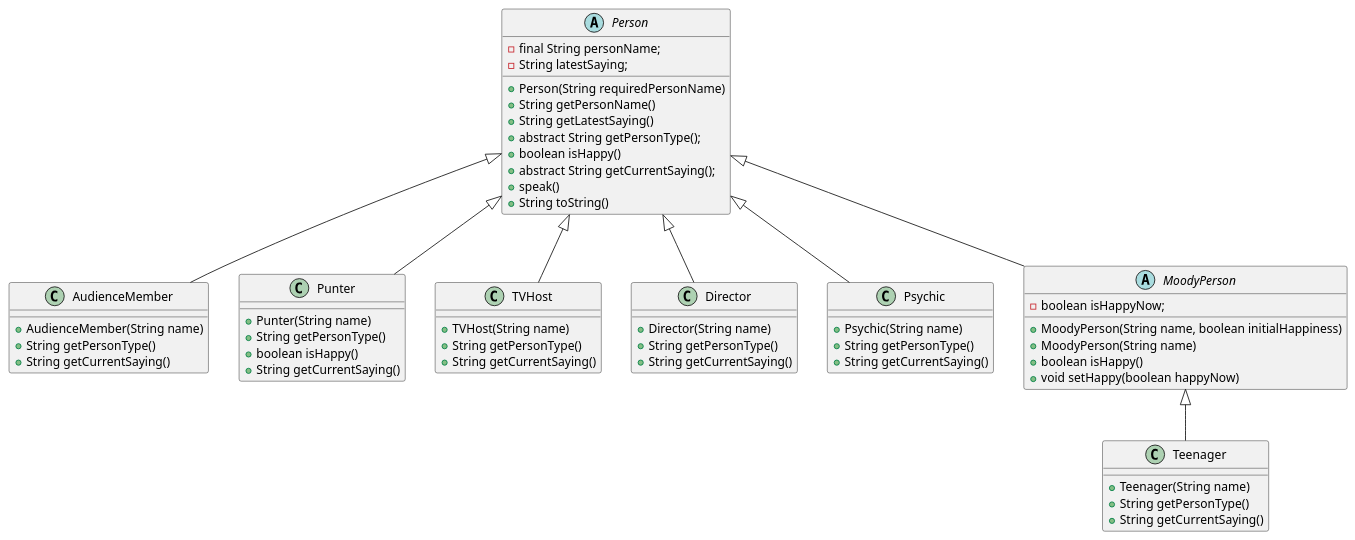
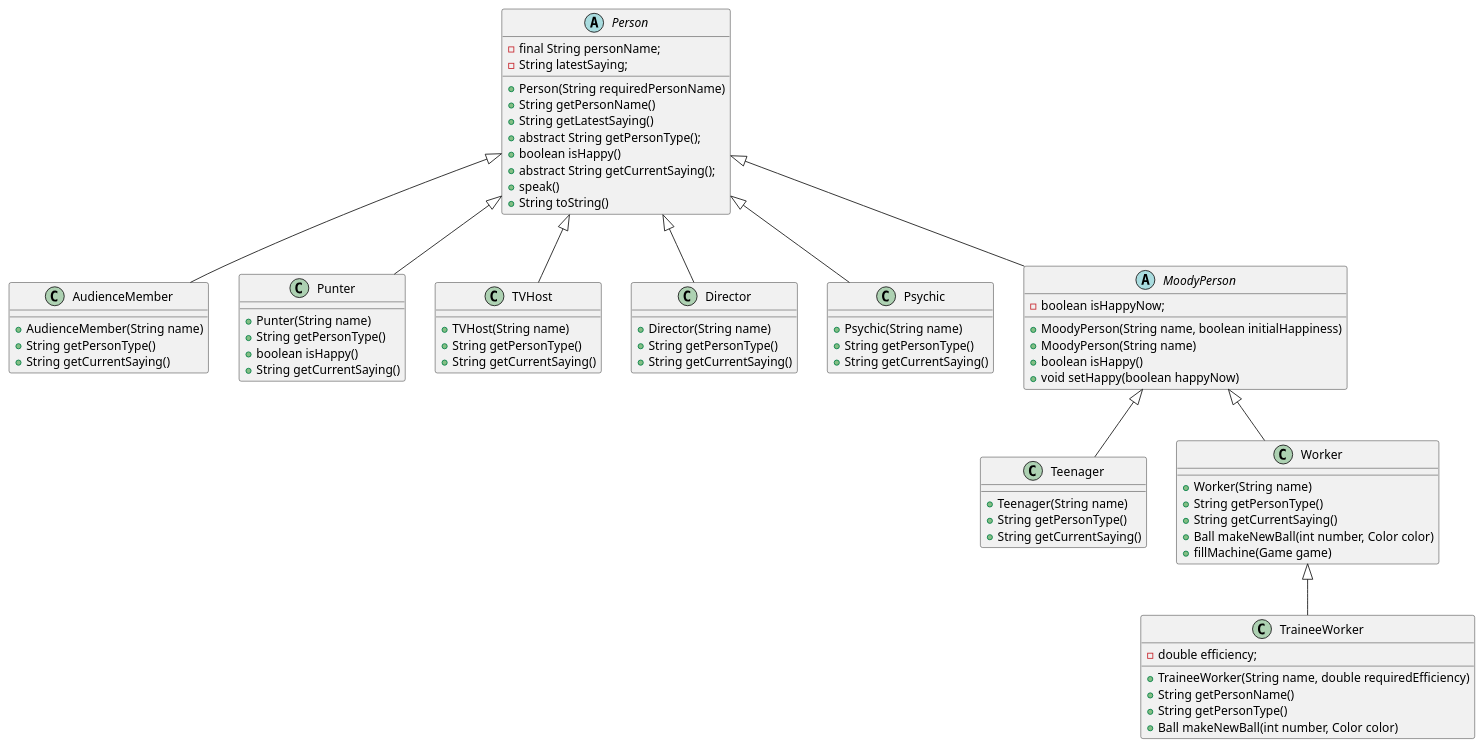
Before and after one commit to AdrChm/JJIT: the diagram in NationalLottery/src/Person.puml, drawn with PlantUML.

Commit message:
16.8.2 National game UML - Person UML - Worker, TraineeWorker class

```diff
--- a/NationalLottery/src/Person.puml
+++ b/NationalLottery/src/Person.puml
@@ -1,67 +1,84 @@
 @startuml
 abstract class Person
 {
     - final String personName;
     - String latestSaying;
     + Person(String requiredPersonName)
     + String getPersonName()
     + String getLatestSaying()
     + abstract String getPersonType();
     + boolean isHappy()
     + abstract String getCurrentSaying();
     + speak()
     + String toString()
 }
 
 class AudienceMember extends Person
 {
     + AudienceMember(String name)
     + String getPersonType()
     + String getCurrentSaying()
 }
 
 class Punter extends Person
 {
     + Punter(String name)
     + String getPersonType()
     + boolean isHappy()
     + String getCurrentSaying()
 }
 
 class TVHost extends Person
 {
     + TVHost(String name)
     + String getPersonType()
     + String getCurrentSaying()
 }
 
 class Director extends Person
 {
     + Director(String name)
     + String getPersonType()
     + String getCurrentSaying()
 }
 
 class Psychic extends Person
 {
     + Psychic(String name)
     + String getPersonType()
     + String getCurrentSaying()
 }
 
 abstract class MoodyPerson extends Person
 {
     - boolean isHappyNow;
     + MoodyPerson(String name, boolean initialHappiness)
     + MoodyPerson(String name)
     + boolean isHappy()
     + void setHappy(boolean happyNow)
 }
 
 class Teenager extends MoodyPerson
 {
     + Teenager(String name)
     + String getPersonType()
     + String getCurrentSaying()
 }
+
+class Worker extends MoodyPerson
+{
+    + Worker(String name)
+    + String getPersonType()
+    + String getCurrentSaying()
+    + Ball makeNewBall(int number, Color color)
+    + fillMachine(Game game)
+}
+class TraineeWorker extends Worker
+{
+    - double efficiency;
+    + TraineeWorker(String name, double requiredEfficiency)
+    + String getPersonName()
+    + String getPersonType()
+    + Ball makeNewBall(int number, Color color)
+}
 @enduml
```
